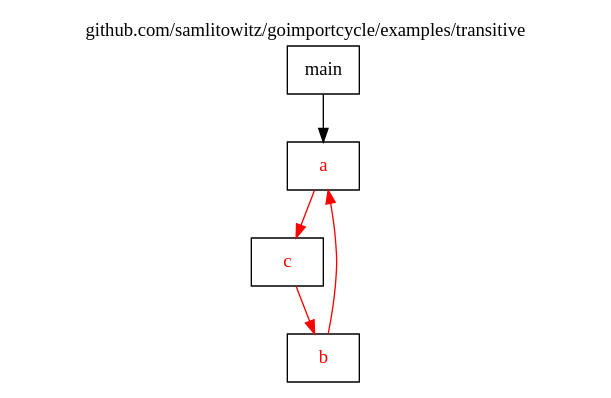
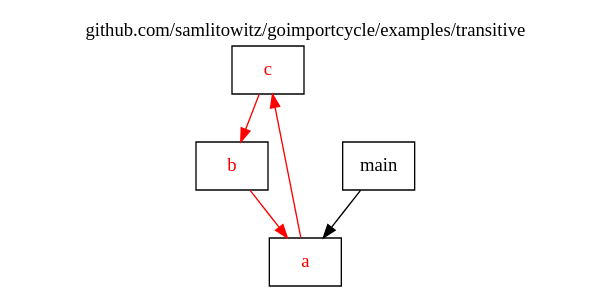
The diagram in assets/examples/transitive/package.dot (samlitowitz/goimportcycle), drawn with Graphviz before and after one commit. The commit also changed other lines of this file and 28 other files, not shown here.

```diff
--- a/assets/examples/transitive/package.dot
+++ b/assets/examples/transitive/package.dot
@@ -1,16 +1,16 @@
 
 digraph {
 	labelloc="t";
 	label="github.com/samlitowitz/goimportcycle/examples/transitive";
 	rankdir="TB";
 	node [shape="rect"];
 
+	pkg_c [label="c", style="filled", fontcolor="#ff0000", fillcolor="#ffffff"];
+	pkg_b [label="b", style="filled", fontcolor="#ff0000", fillcolor="#ffffff"];
 	pkg_main [label="main", style="filled", fontcolor="#000000", fillcolor="#ffffff"];
 	pkg_a [label="a", style="filled", fontcolor="#ff0000", fillcolor="#ffffff"];
-	pkg_c [label="c", style="filled", fontcolor="#ff0000", fillcolor="#ffffff"];
-	pkg_b [label="b", style="filled", fontcolor="#ff0000", fillcolor="#ffffff"];
+	pkg_c -> pkg_b [color="#ff0000"];
+	pkg_b -> pkg_a [color="#ff0000"];
 	pkg_main -> pkg_a [color="#000000"];
 	pkg_a -> pkg_c [color="#ff0000"];
-	pkg_c -> pkg_b [color="#ff0000"];
-	pkg_b -> pkg_a [color="#ff0000"];
 }
```
